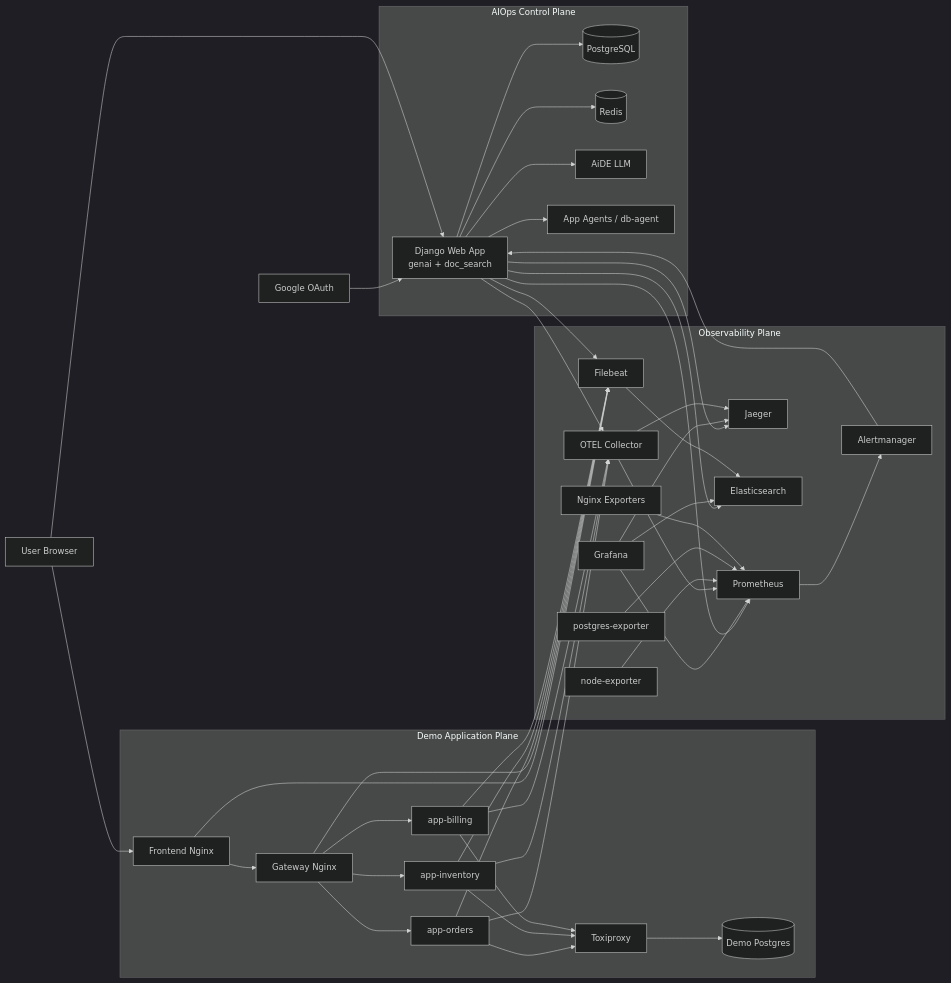
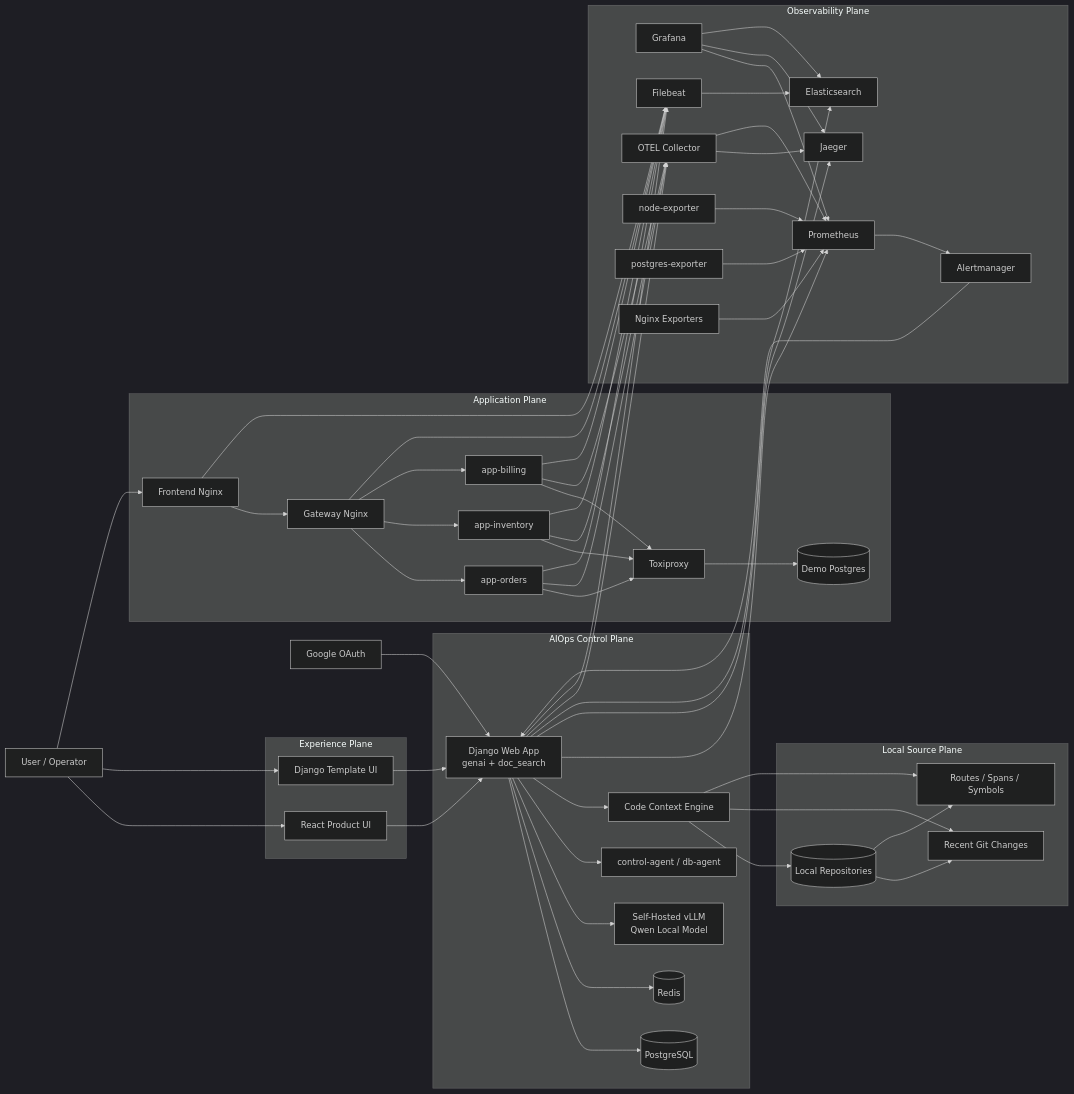
One commit to saikusal/AIOps changed the diagram in diagrams/aiops-architecture.mmd. Above: the diagram before and after it, drawn with Mermaid (dark theme). The commit also changed 28 other files, not shown here.

```diff
--- a/diagrams/aiops-architecture.mmd
+++ b/diagrams/aiops-architecture.mmd
@@ -1,81 +1,103 @@
 flowchart LR
-    user[User Browser]
-    google[Google OAuth]
+    user[User / Operator]
+    oauth[Google OAuth]
 
-    subgraph ui[AIOps Control Plane]
+    subgraph ui[Experience Plane]
+        react[React Product UI]
+        django_ui[Django Template UI]
+    end
+
+    subgraph control[AIOps Control Plane]
         web[Django Web App<br/>genai + doc_search]
         pg[(PostgreSQL)]
         redis[(Redis)]
-        aide[AiDE LLM]
-        agent[App Agents / db-agent]
+        vllm[Self-Hosted vLLM<br/>Qwen Local Model]
+        agents[control-agent / db-agent]
+        codectx[Code Context Engine]
     end
 
-    subgraph demo[Demo Application Plane]
+    subgraph repos[Local Source Plane]
+        repo[(Local Repositories)]
+        gitmeta[Recent Git Changes]
+        bindings[Routes / Spans / Symbols]
+    end
+
+    subgraph app[Application Plane]
         frontend[Frontend Nginx]
         gateway[Gateway Nginx]
         orders[app-orders]
         inventory[app-inventory]
         billing[app-billing]
         toxiproxy[Toxiproxy]
         db[(Demo Postgres)]
     end
 
     subgraph obs[Observability Plane]
         prometheus[Prometheus]
         alertmanager[Alertmanager]
         grafana[Grafana]
         otel[OTEL Collector]
         jaeger[Jaeger]
         elastic[Elasticsearch]
         filebeat[Filebeat]
         nodeexp[node-exporter]
         pgexp[postgres-exporter]
         ngxexp[Nginx Exporters]
     end
 
-    google --> web
-    user --> web
+    user --> react
+    user --> django_ui
+    react --> web
+    django_ui --> web
+    oauth --> web
 
     web --> pg
     web --> redis
-    web --> aide
-    web --> agent
+    web --> vllm
+    web --> agents
+    web --> codectx
+
+    codectx --> repo
+    codectx --> gitmeta
+    codectx --> bindings
+    repo --> gitmeta
+    repo --> bindings
 
     user --> frontend
     frontend --> gateway
     gateway --> orders
     gateway --> inventory
     gateway --> billing
     orders --> toxiproxy
     inventory --> toxiproxy
     billing --> toxiproxy
     toxiproxy --> db
 
-    web --> prometheus
-    web --> jaeger
-    web --> elastic
-
     alertmanager --> web
     prometheus --> alertmanager
     grafana --> prometheus
     grafana --> jaeger
     grafana --> elastic
+
+    web --> prometheus
+    web --> jaeger
+    web --> elastic
 
     web --> otel
     orders --> otel
     inventory --> otel
     billing --> otel
     otel --> jaeger
     otel --> prometheus
 
     filebeat --> elastic
     web --> filebeat
     frontend --> filebeat
     gateway --> filebeat
     orders --> filebeat
     inventory --> filebeat
     billing --> filebeat
 
     nodeexp --> prometheus
     pgexp --> prometheus
     ngxexp --> prometheus
```
